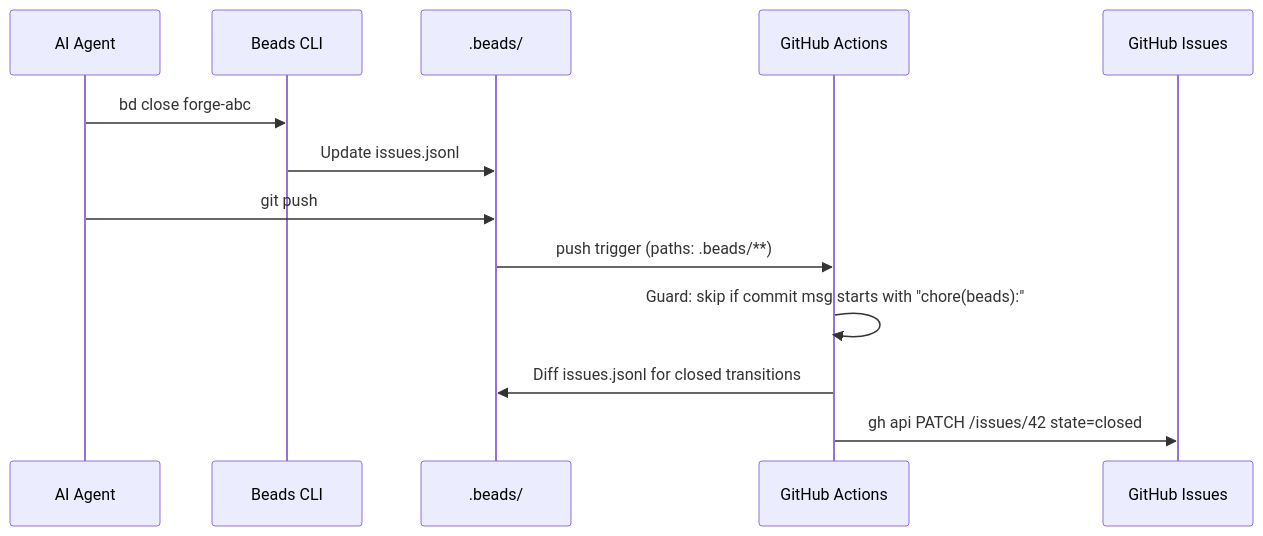
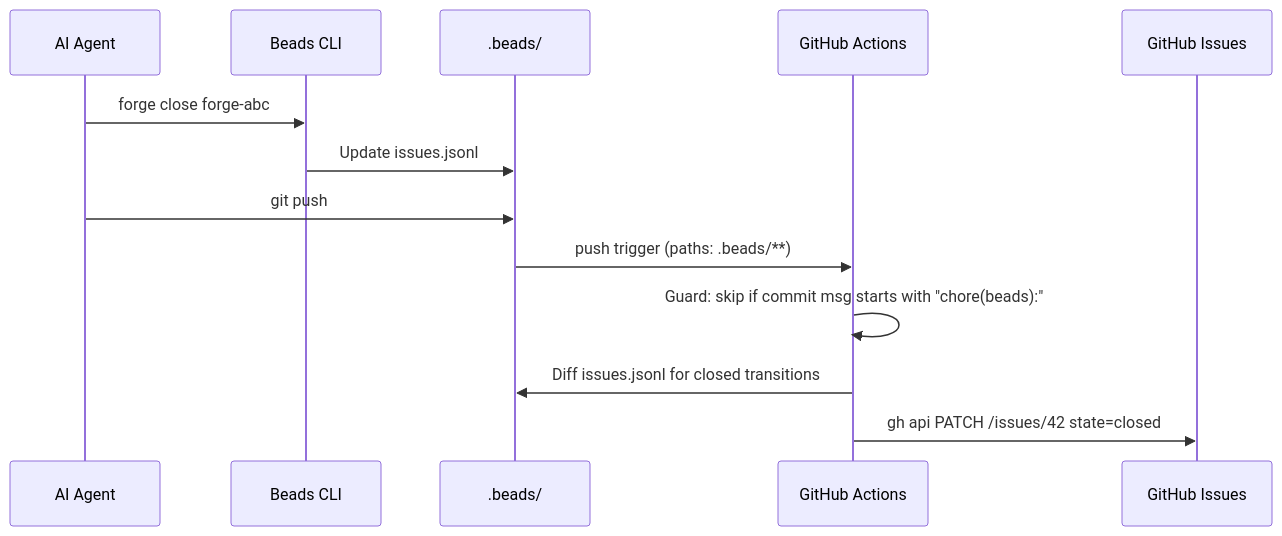
One commit to harshanandak/forge changed the second of 2 diagrams in docs/BEADS_GITHUB_SYNC.md. Above: the diagram before and after it, drawn with Mermaid. The commit also changed other lines of this file and 11 other files, not shown here.

````diff
--- a/docs/BEADS_GITHUB_SYNC.md
+++ b/docs/BEADS_GITHUB_SYNC.md
@@ -43,16 +47,16 @@
 ```mermaid
 sequenceDiagram
     participant AI as AI Agent
     participant BD as Beads CLI
     participant Repo as .beads/
     participant WF as GitHub Actions
     participant GH as GitHub Issues
 
-    AI->>BD: bd close forge-abc
+    AI->>BD: forge close forge-abc
     BD->>Repo: Update issues.jsonl
     AI->>Repo: git push
     Repo->>WF: push trigger (paths: .beads/**)
     WF->>WF: Guard: skip if commit msg starts with "chore(beads):"
     WF->>Repo: Diff issues.jsonl for closed transitions
     WF->>GH: gh api PATCH /issues/42 state=closed
 ```
````
